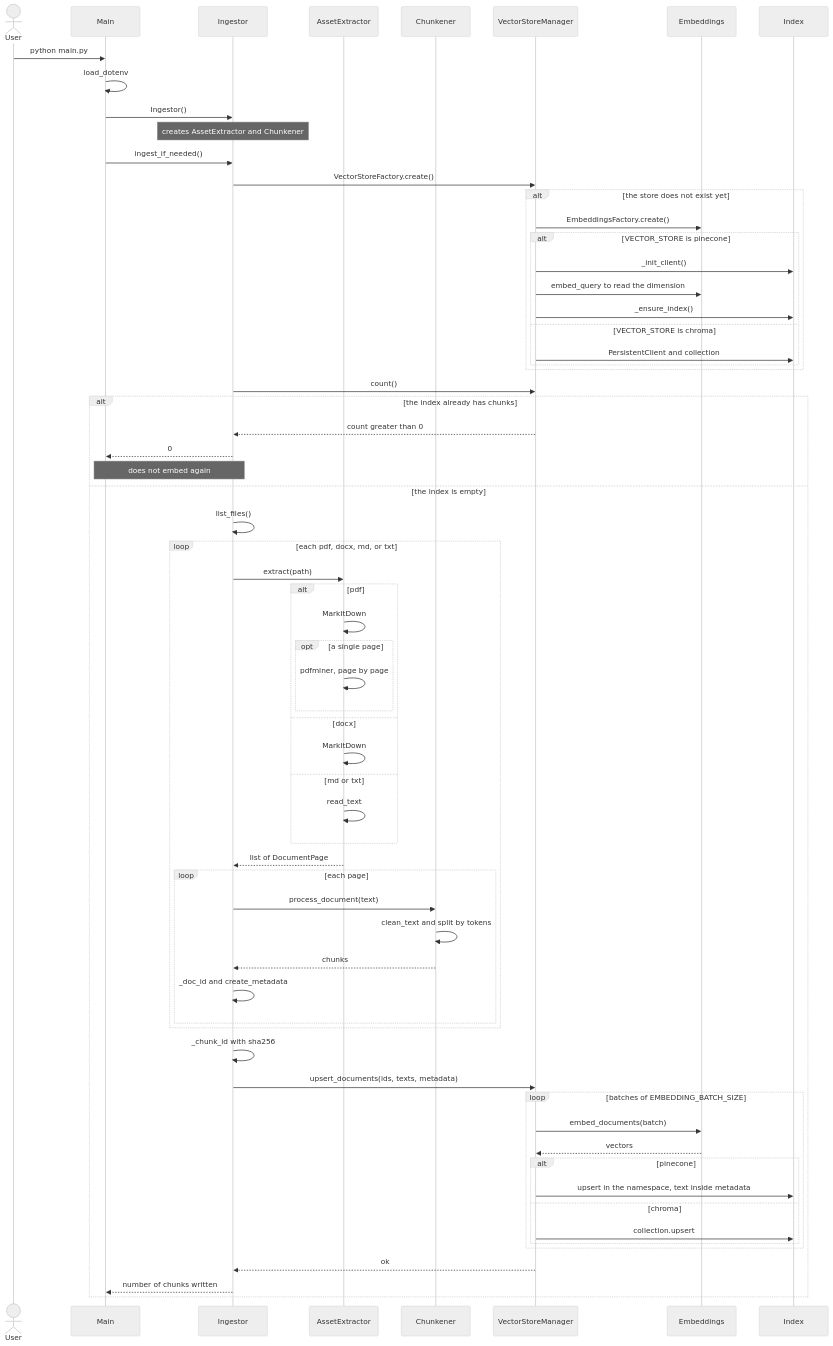
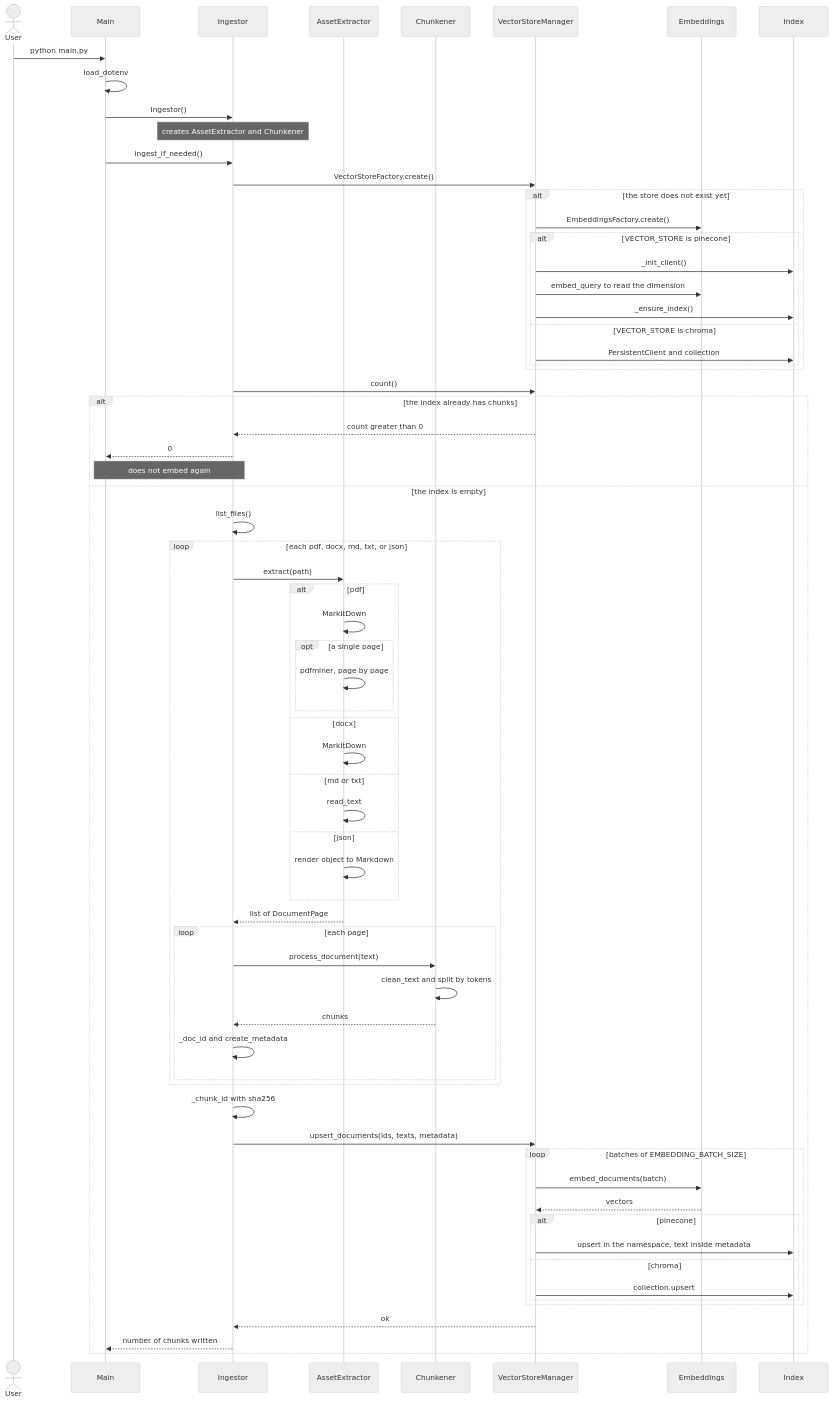
Before and after one commit to zmaximo1990/AI-Engineering-Delivery-4: the diagram in diagrams/ingestion.mermaid, drawn with Mermaid (neutral theme). The commit also changed 7 other files, not shown here.

```diff
--- a/diagrams/ingestion.mermaid
+++ b/diagrams/ingestion.mermaid
@@ -1,70 +1,72 @@
 sequenceDiagram
     actor User
     participant Main
     participant Ingestor
     participant Extractor as AssetExtractor
     participant Chunkener
     participant Store as VectorStoreManager
     participant Embeddings
     participant Index
 
     User->>Main: python main.py
     Main->>Main: load_dotenv
     Main->>Ingestor: Ingestor()
     Note over Ingestor: creates AssetExtractor and Chunkener
     Main->>Ingestor: ingest_if_needed()
     Ingestor->>Store: VectorStoreFactory.create()
 
     alt the store does not exist yet
         Store->>Embeddings: EmbeddingsFactory.create()
         alt VECTOR_STORE is pinecone
             Store->>Index: _init_client()
             Store->>Embeddings: embed_query to read the dimension
             Store->>Index: _ensure_index()
         else VECTOR_STORE is chroma
             Store->>Index: PersistentClient and collection
         end
     end
 
     Ingestor->>Store: count()
 
     alt the index already has chunks
         Store-->>Ingestor: count greater than 0
         Ingestor-->>Main: 0
         Note over Ingestor,Main: does not embed again
     else the index is empty
         Ingestor->>Ingestor: list_files()
-        loop each pdf, docx, md, or txt
+        loop each pdf, docx, md, txt, or json
             Ingestor->>Extractor: extract(path)
             alt pdf
                 Extractor->>Extractor: MarkItDown
                 opt a single page
                     Extractor->>Extractor: pdfminer, page by page
                 end
             else docx
                 Extractor->>Extractor: MarkItDown
             else md or txt
                 Extractor->>Extractor: read_text
+            else json
+                Extractor->>Extractor: render object to Markdown
             end
             Extractor-->>Ingestor: list of DocumentPage
             loop each page
                 Ingestor->>Chunkener: process_document(text)
                 Chunkener->>Chunkener: clean_text and split by tokens
                 Chunkener-->>Ingestor: chunks
                 Ingestor->>Ingestor: _doc_id and create_metadata
             end
         end
         Ingestor->>Ingestor: _chunk_id with sha256
         Ingestor->>Store: upsert_documents(ids, texts, metadata)
         loop batches of EMBEDDING_BATCH_SIZE
             Store->>Embeddings: embed_documents(batch)
             Embeddings-->>Store: vectors
             alt pinecone
                 Store->>Index: upsert in the namespace, text inside metadata
             else chroma
                 Store->>Index: collection.upsert
             end
         end
         Store-->>Ingestor: ok
         Ingestor-->>Main: number of chunks written
     end
```
